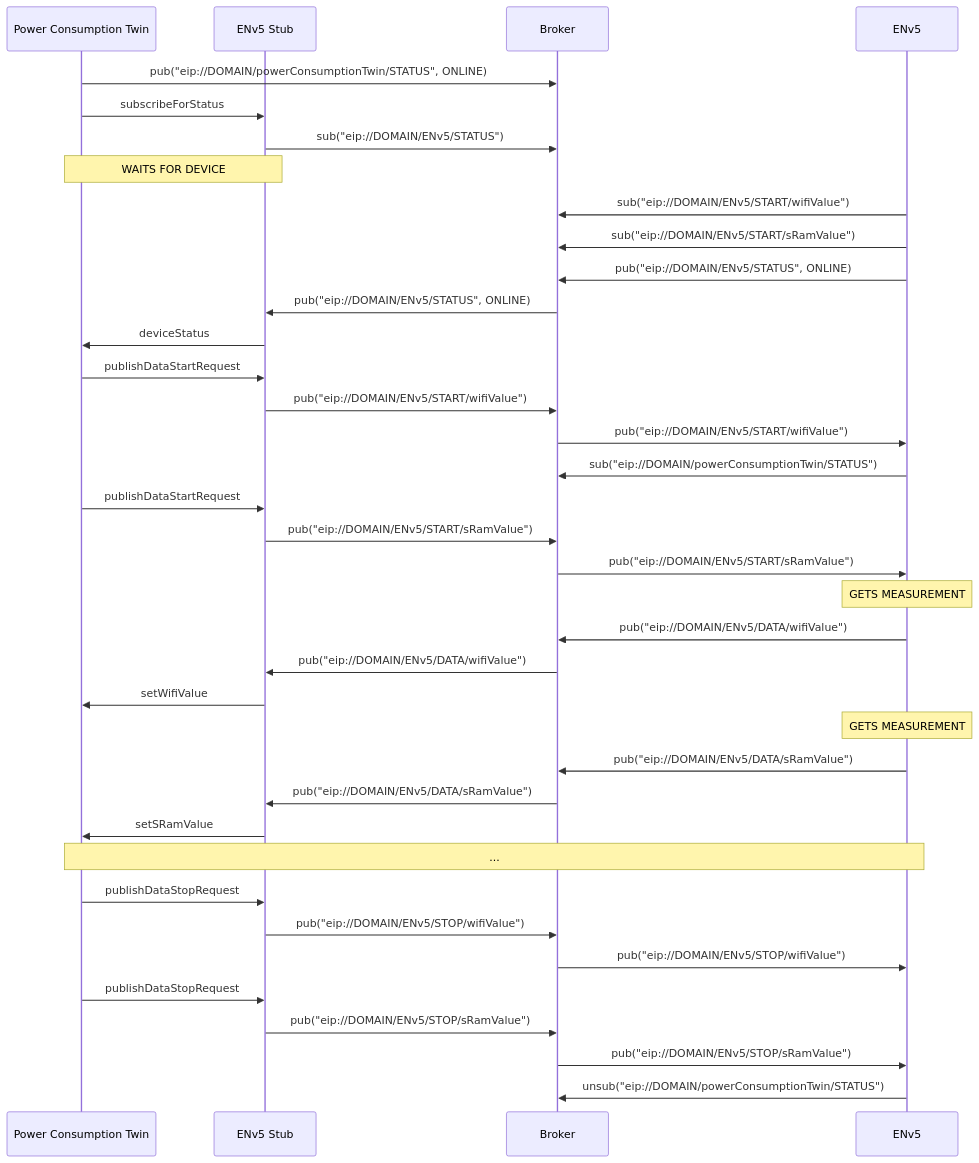
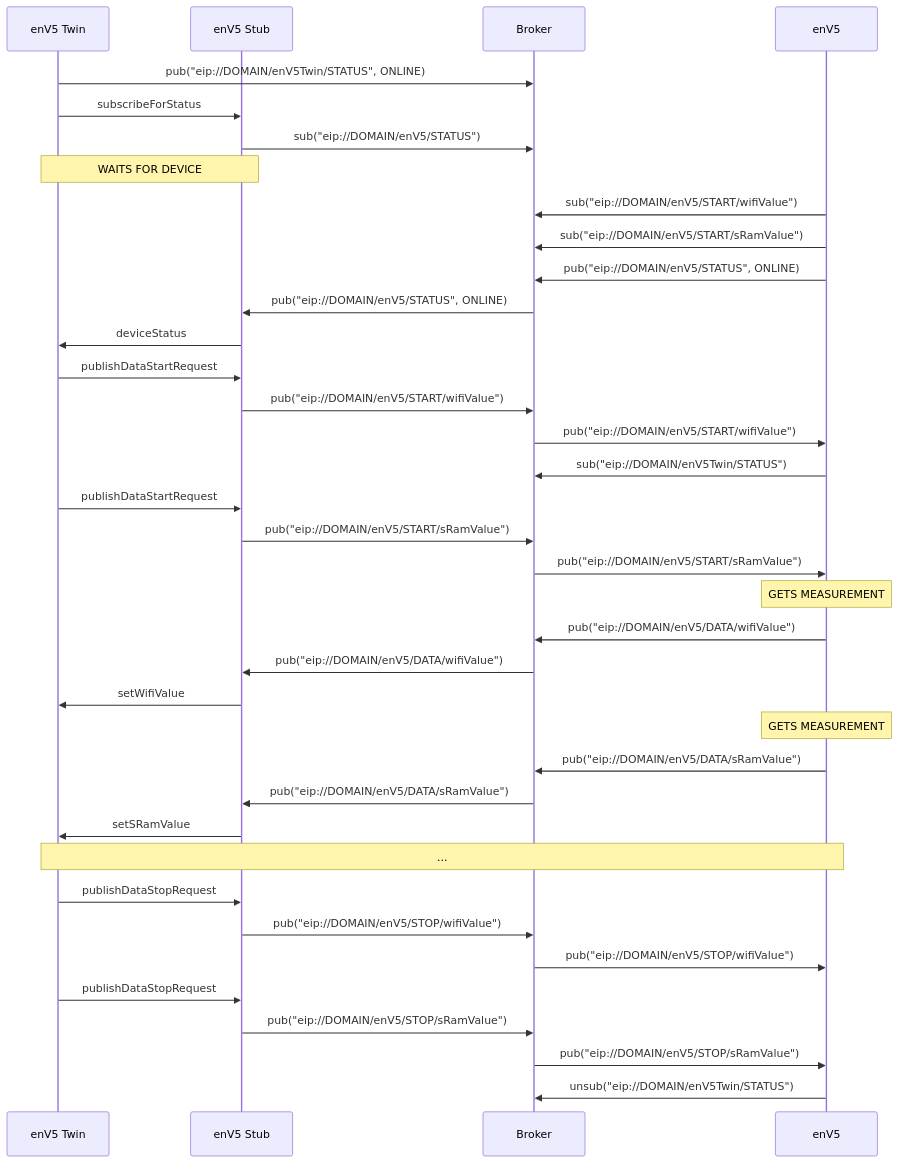
Before and after one commit to es-ude/elastic-ai.runtime.cloud: the second of 4 diagrams in DEMO.md, drawn with Mermaid. The commit also changed other lines of this file and 31 other files, not shown here.

````diff
--- a/DEMO.md
+++ b/DEMO.md
@@ -55,50 +55,50 @@
 ```mermaid
 sequenceDiagram
-      participant pw as Power Consumption Twin
-      participant ds as ENv5 Stub
+      participant dt as enV5 Twin
+      participant ds as enV5 Stub
       participant b as Broker
-      participant d as ENv5
+      participant d as enV5
 
-    pw ->> b: pub("eip://DOMAIN/powerConsumptionTwin/STATUS", ONLINE)
-    pw ->> ds: subscribeForStatus
-    ds ->> b: sub("eip://DOMAIN/ENv5/STATUS")
+    dt ->> b: pub("eip://DOMAIN/enV5Twin/STATUS", ONLINE)
+    dt ->> ds: subscribeForStatus
+    ds ->> b: sub("eip://DOMAIN/enV5/STATUS")
     
-    Note over pw, ds: WAITS FOR DEVICE
+    Note over dt, ds: WAITS FOR DEVICE
     
-    d ->> b: sub("eip://DOMAIN/ENv5/START/wifiValue")
-    d ->> b: sub("eip://DOMAIN/ENv5/START/sRamValue")
+    d ->> b: sub("eip://DOMAIN/enV5/START/wifiValue")
+    d ->> b: sub("eip://DOMAIN/enV5/START/sRamValue")
     
-    d ->> b: pub("eip://DOMAIN/ENv5/STATUS", ONLINE)
-    b ->> ds: pub("eip://DOMAIN/ENv5/STATUS", ONLINE)
-    ds ->> pw: deviceStatus
+    d ->> b: pub("eip://DOMAIN/enV5/STATUS", ONLINE)
+    b ->> ds: pub("eip://DOMAIN/enV5/STATUS", ONLINE)
+    ds ->> dt: deviceStatus
  
-    pw ->> ds: publishDataStartRequest
-    ds ->> b: pub("eip://DOMAIN/ENv5/START/wifiValue")
-    b ->> d: pub("eip://DOMAIN/ENv5/START/wifiValue")
-    d ->> b: sub("eip://DOMAIN/powerConsumptionTwin/STATUS")
+    dt ->> ds: publishDataStartRequest
+    ds ->> b: pub("eip://DOMAIN/enV5/START/wifiValue")
+    b ->> d: pub("eip://DOMAIN/enV5/START/wifiValue")
+    d ->> b: sub("eip://DOMAIN/enV5Twin/STATUS")
     
-    pw ->> ds: publishDataStartRequest
-    ds ->> b: pub("eip://DOMAIN/ENv5/START/sRamValue")
-    b ->> d: pub("eip://DOMAIN/ENv5/START/sRamValue")
+    dt ->> ds: publishDataStartRequest
+    ds ->> b: pub("eip://DOMAIN/enV5/START/sRamValue")
+    b ->> d: pub("eip://DOMAIN/enV5/START/sRamValue")
     
     Note over d: GETS MEASUREMENT
-    d ->> b: pub("eip://DOMAIN/ENv5/DATA/wifiValue")
-    b ->> ds: pub("eip://DOMAIN/ENv5/DATA/wifiValue")
-    ds ->> pw: setWifiValue
+    d ->> b: pub("eip://DOMAIN/enV5/DATA/wifiValue")
+    b ->> ds: pub("eip://DOMAIN/enV5/DATA/wifiValue")
+    ds ->> dt: setWifiValue
     
     Note over d: GETS MEASUREMENT
-    d ->> b: pub("eip://DOMAIN/ENv5/DATA/sRamValue")
-    b ->> ds: pub("eip://DOMAIN/ENv5/DATA/sRamValue")
-    ds ->> pw: setSRamValue
+    d ->> b: pub("eip://DOMAIN/enV5/DATA/sRamValue")
+    b ->> ds: pub("eip://DOMAIN/enV5/DATA/sRamValue")
+    ds ->> dt: setSRamValue
     
-    Note over pw,d: ...
+    Note over dt,d: ...
     
-    pw ->> ds: publishDataStopRequest
-    ds ->> b: pub("eip://DOMAIN/ENv5/STOP/wifiValue")
-    b ->> d: pub("eip://DOMAIN/ENv5/STOP/wifiValue")
+    dt ->> ds: publishDataStopRequest
+    ds ->> b: pub("eip://DOMAIN/enV5/STOP/wifiValue")
+    b ->> d: pub("eip://DOMAIN/enV5/STOP/wifiValue")
     
-    pw ->> ds: publishDataStopRequest
-    ds ->> b: pub("eip://DOMAIN/ENv5/STOP/sRamValue")
-    b ->> d: pub("eip://DOMAIN/ENv5/STOP/sRamValue")
-    d ->> b: unsub("eip://DOMAIN/powerConsumptionTwin/STATUS")
+    dt ->> ds: publishDataStopRequest
+    ds ->> b: pub("eip://DOMAIN/enV5/STOP/sRamValue")
+    b ->> d: pub("eip://DOMAIN/enV5/STOP/sRamValue")
+    d ->> b: unsub("eip://DOMAIN/enV5Twin/STATUS")
 ```
````
